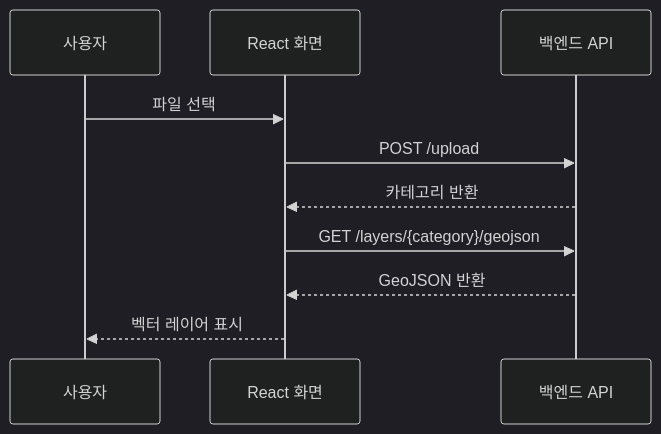
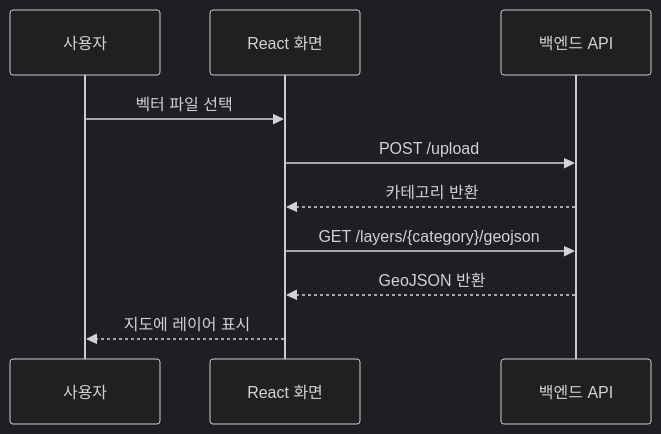
The diagram in README.md (km-jun/p02-frontend-portfolio), drawn with Mermaid (dark theme) before and after one commit. The commit also changed other lines of this file, not shown here.

````diff
--- a/README.md
+++ b/README.md
@@ -48,12 +46,12 @@
 ```mermaid
 sequenceDiagram
     participant U as 사용자
     participant F as React 화면
     participant B as 백엔드 API
-    U->>F: 파일 선택
+    U->>F: 벡터 파일 선택
     F->>B: POST /upload
     B-->>F: 카테고리 반환
     F->>B: GET /layers/{category}/geojson
     B-->>F: GeoJSON 반환
-    F-->>U: 벡터 레이어 표시
+    F-->>U: 지도에 레이어 표시
 ```
````
